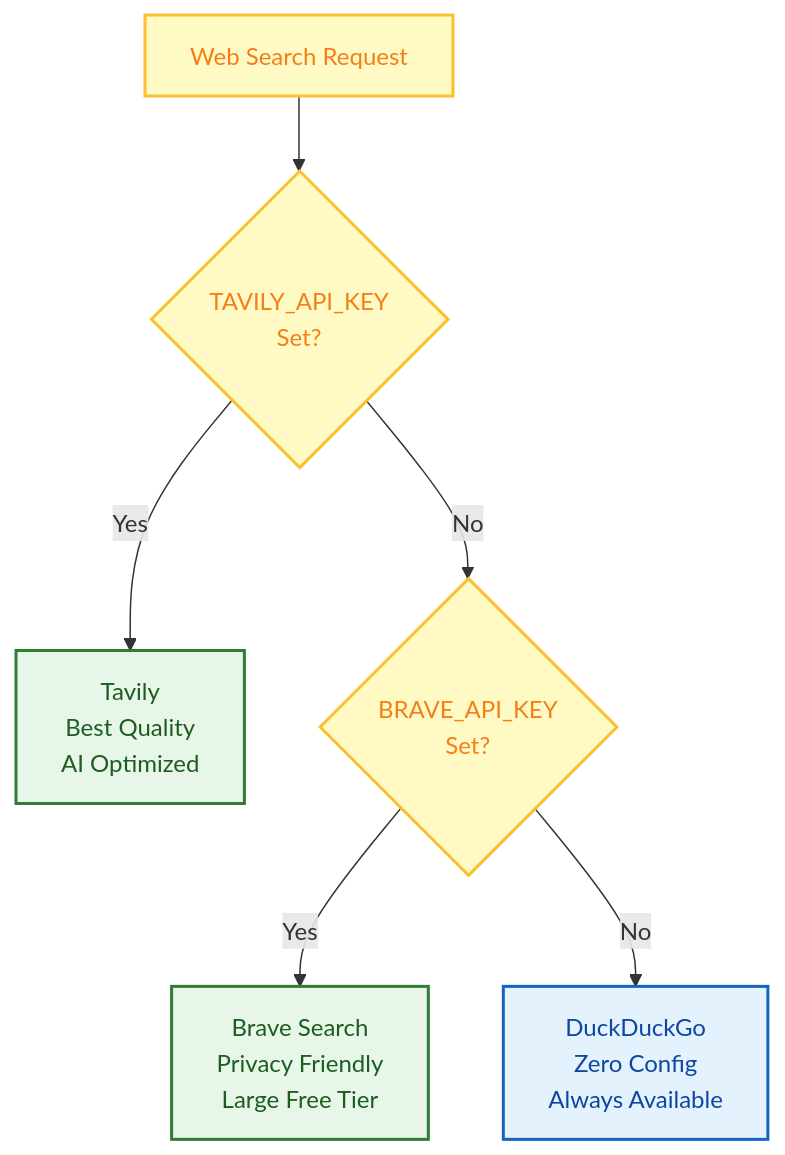
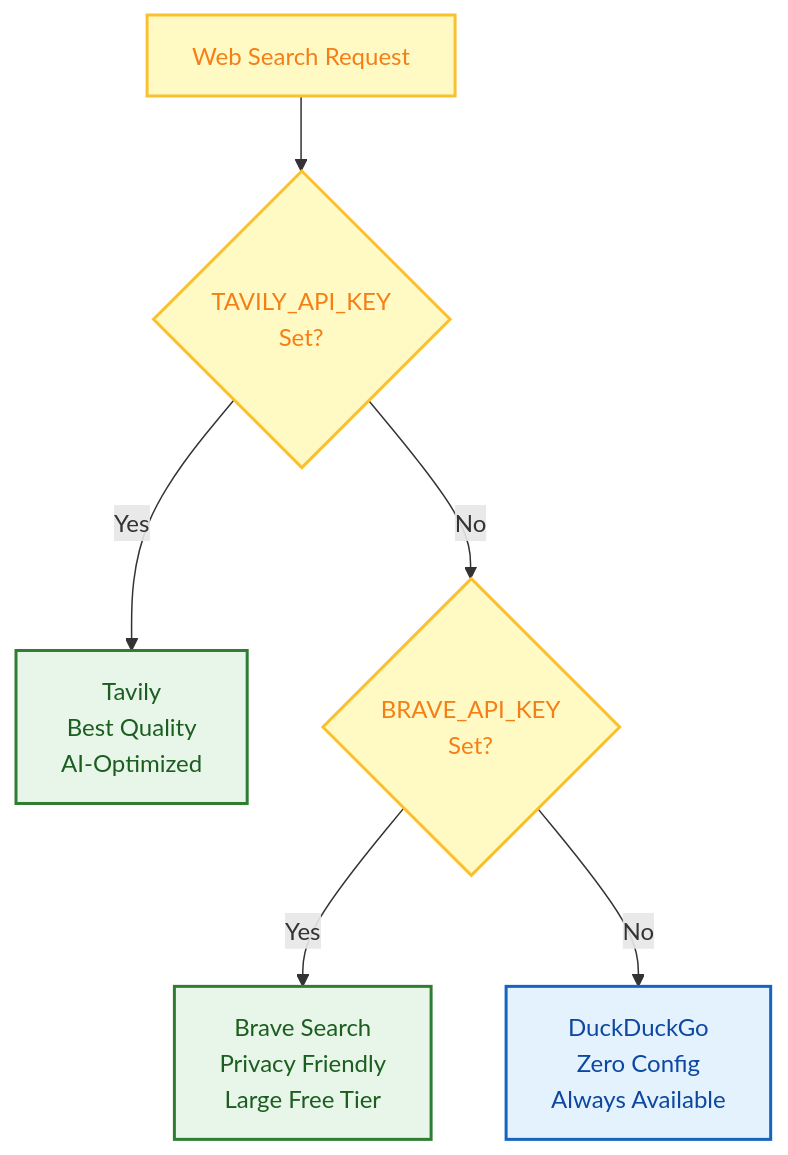
Before and after one commit to zhangjingyuan177-hue/FinchBot: the fifth of 15 diagrams in docs/en-US/blog/finchbot-flexible-ai-agent-framework.md, drawn with Mermaid. The commit also changed other lines of this file and 4 other files, not shown here.

````diff
--- a/docs/en-US/blog/finchbot-flexible-ai-agent-framework.md
+++ b/docs/en-US/blog/finchbot-flexible-ai-agent-framework.md
@@ -485,22 +249,22 @@
 ```mermaid
 flowchart TD
     classDef check fill:#fff9c4,stroke:#fbc02d,stroke-width:2px,color:#f57f17;
     classDef engine fill:#e8f5e9,stroke:#2e7d32,stroke-width:2px,color:#1b5e20;
     classDef fallback fill:#e3f2fd,stroke:#1565c0,stroke-width:2px,color:#0d47a1;
 
     Start[Web Search Request]:::check
-
+    
     Check1{TAVILY_API_KEY<br/>Set?}:::check
-    Tavily[Tavily<br/>Best Quality<br/>AI Optimized]:::engine
-
+    Tavily[Tavily<br/>Best Quality<br/>AI-Optimized]:::engine
+    
     Check2{BRAVE_API_KEY<br/>Set?}:::check
     Brave[Brave Search<br/>Privacy Friendly<br/>Large Free Tier]:::engine
-
+    
     DDG[DuckDuckGo<br/>Zero Config<br/>Always Available]:::fallback
 
     Start --> Check1
     Check1 -->|Yes| Tavily
     Check1 -->|No| Check2
     Check2 -->|Yes| Brave
     Check2 -->|No| DDG
 ```
````
